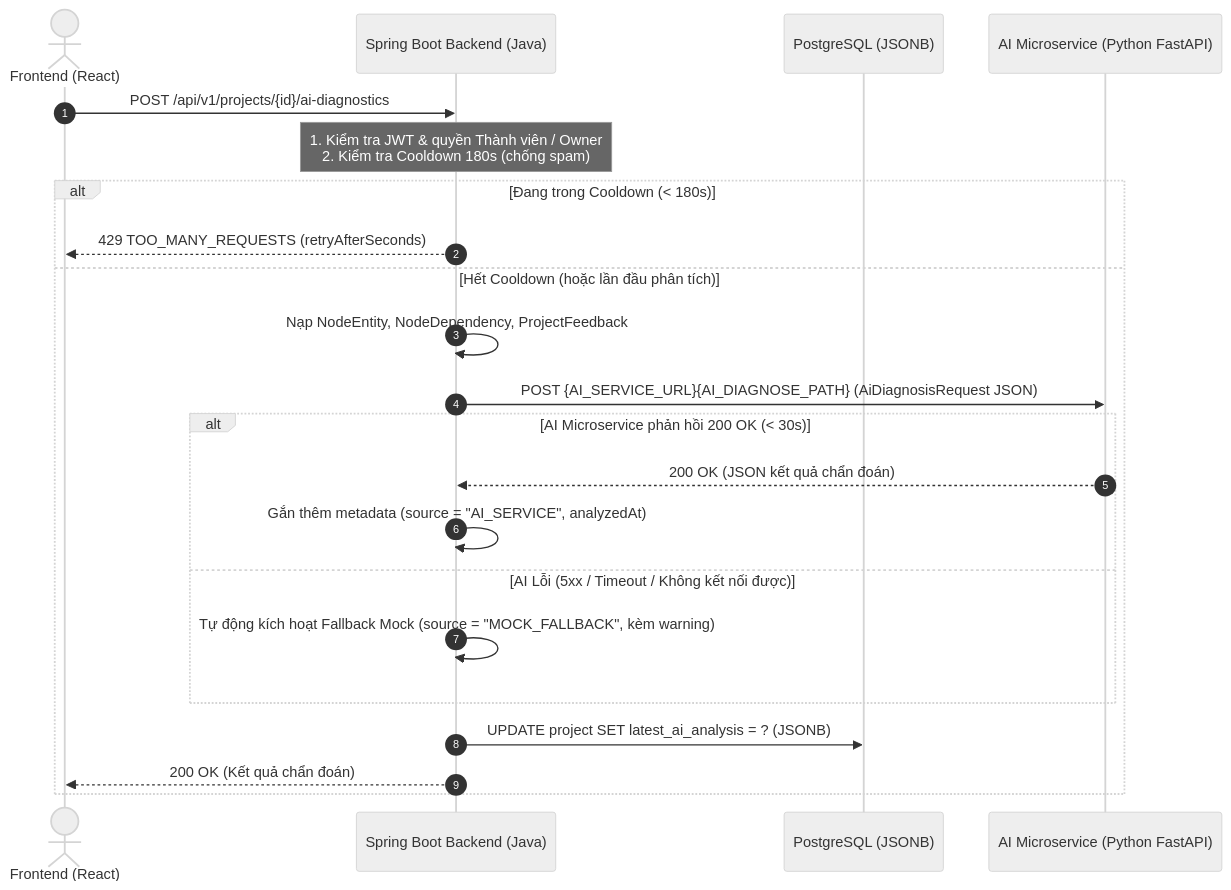
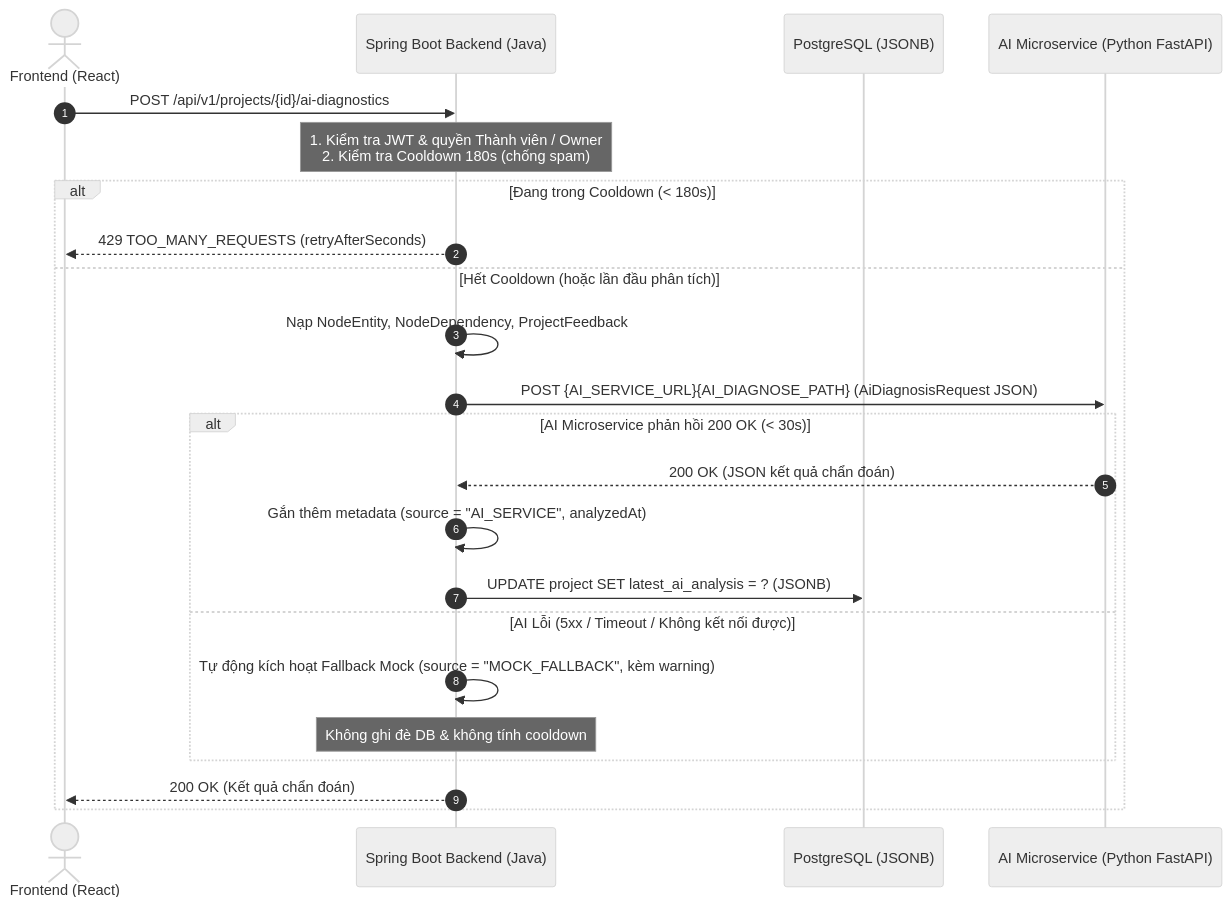
The diagram in docs/specs/ai-service-contract.md (ThanhThien-coder/Workflow-Pipeline-Engine), drawn with Mermaid (neutral theme) before and after one commit. The commit also changed other lines of this file, not shown here.

````diff
--- a/docs/specs/ai-service-contract.md
+++ b/docs/specs/ai-service-contract.md
@@ -14,25 +14,26 @@
 ```mermaid
 sequenceDiagram
     autonumber
     actor FE as Frontend (React)
     participant BE as Spring Boot Backend (Java)
     participant DB as PostgreSQL (JSONB)
     participant AI as AI Microservice (Python FastAPI)
 
     FE->>BE: POST /api/v1/projects/{id}/ai-diagnostics
     Note over BE: 1. Kiểm tra JWT & quyền Thành viên / Owner<br/>2. Kiểm tra Cooldown 180s (chống spam)
     alt Đang trong Cooldown (< 180s)
         BE-->>FE: 429 TOO_MANY_REQUESTS (retryAfterSeconds)
     else Hết Cooldown (hoặc lần đầu phân tích)
         BE->>BE: Nạp NodeEntity, NodeDependency, ProjectFeedback
         BE->>AI: POST {AI_SERVICE_URL}{AI_DIAGNOSE_PATH} (AiDiagnosisRequest JSON)
         alt AI Microservice phản hồi 200 OK (< 30s)
             AI-->>BE: 200 OK (JSON kết quả chẩn đoán)
             BE->>BE: Gắn thêm metadata (source = "AI_SERVICE", analyzedAt)
+            BE->>DB: UPDATE project SET latest_ai_analysis = ? (JSONB)
         else AI Lỗi (5xx / Timeout / Không kết nối được)
             BE->>BE: Tự động kích hoạt Fallback Mock (source = "MOCK_FALLBACK", kèm warning)
+            Note over BE: Không ghi đè DB & không tính cooldown
         end
-        BE->>DB: UPDATE project SET latest_ai_analysis = ? (JSONB)
         BE-->>FE: 200 OK (Kết quả chẩn đoán)
     end
 ```
````
